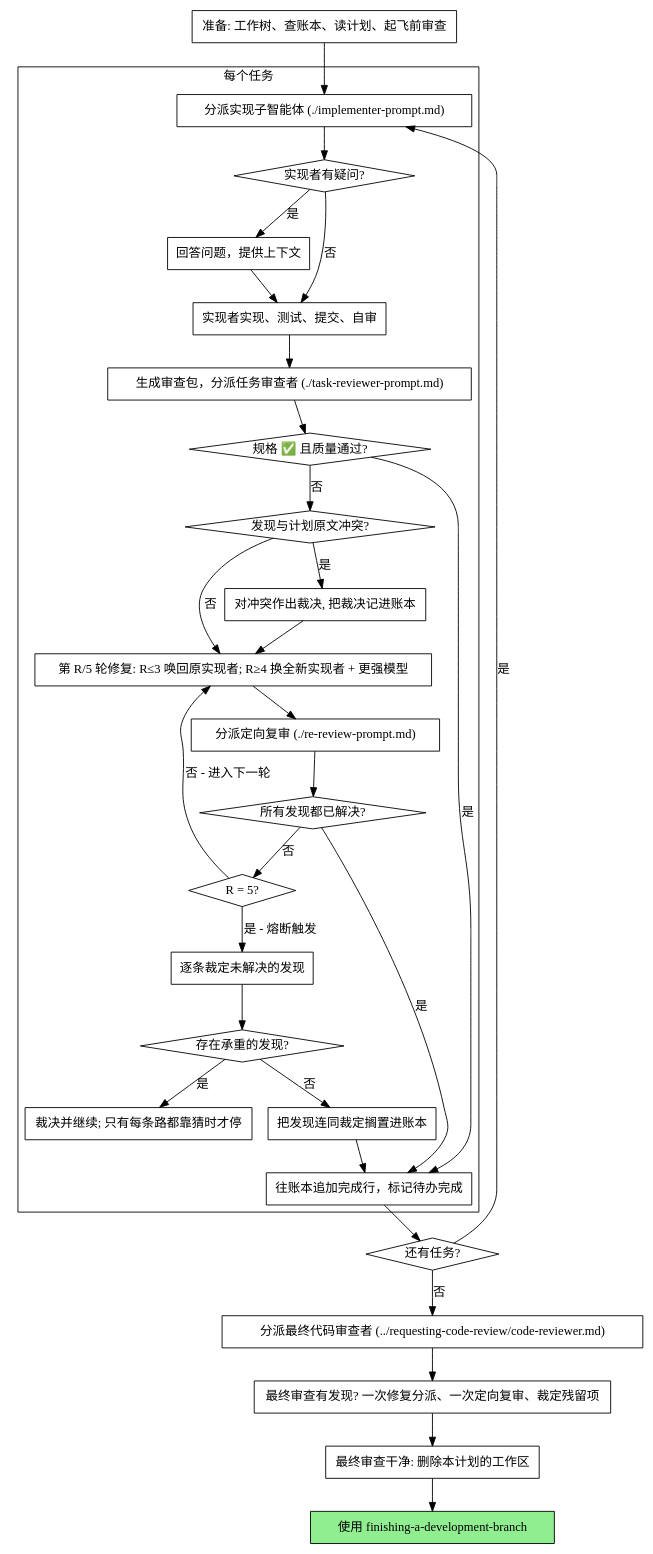
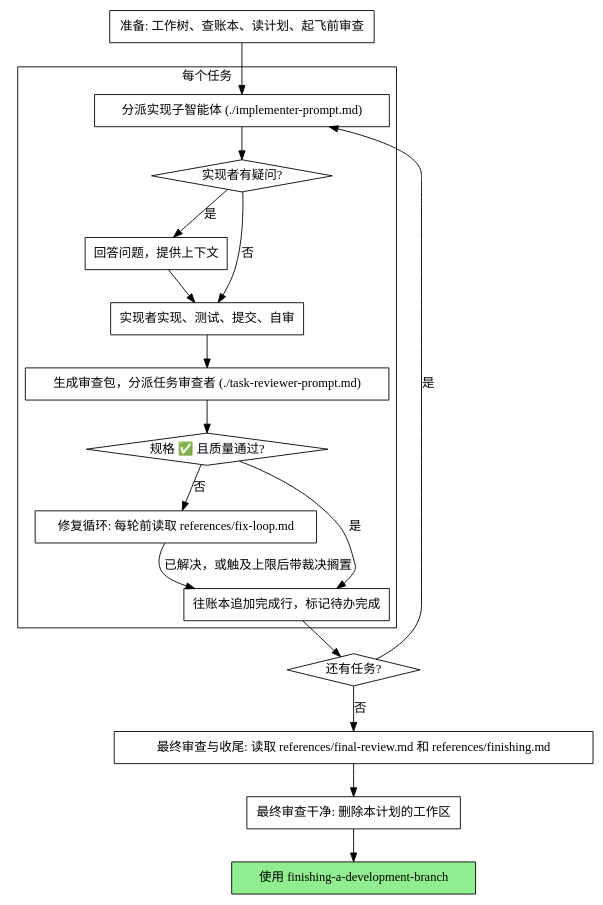
The second of 2 diagrams in mirrors/repos/jnMetaCode@superpowers-zh/skills/subagent-driven-development/SKILL.md (gabrielmoreira/agent-skills-mirror), drawn with Graphviz before and after one commit. The commit also changed other lines of this file and 2832 other files, not shown here.

````diff
--- a/mirrors/repos/jnMetaCode@superpowers-zh/skills/subagent-driven-development/SKILL.md
+++ b/mirrors/repos/jnMetaCode@superpowers-zh/skills/subagent-driven-development/SKILL.md
@@ -55,62 +55,39 @@
 ```dot
 digraph process {
     rankdir=TB;
 
     subgraph cluster_per_task {
         label="每个任务";
         "分派实现子智能体 (./implementer-prompt.md)" [shape=box];
         "实现者有疑问?" [shape=diamond];
         "回答问题，提供上下文" [shape=box];
         "实现者实现、测试、提交、自审" [shape=box];
         "生成审查包，分派任务审查者 (./task-reviewer-prompt.md)" [shape=box];
         "规格 ✅ 且质量通过?" [shape=diamond];
-        "发现与计划原文冲突?" [shape=diamond];
-        "对冲突作出裁决, 把裁决记进账本" [shape=box];
-        "第 R/5 轮修复: R≤3 唤回原实现者; R≥4 换全新实现者 + 更强模型" [shape=box];
-        "分派定向复审 (./re-review-prompt.md)" [shape=box];
-        "所有发现都已解决?" [shape=diamond];
-        "R = 5?" [shape=diamond];
-        "逐条裁定未解决的发现" [shape=box];
-        "存在承重的发现?" [shape=diamond];
-        "裁决并继续; 只有每条路都靠猜时才停" [shape=box];
-        "把发现连同裁定搁置进账本" [shape=box];
+        "修复循环: 每轮前读取 references/fix-loop.md" [shape=box];
         "往账本追加完成行，标记待办完成" [shape=box];
     }
 
     "准备: 工作树、查账本、读计划、起飞前审查" [shape=box];
     "还有任务?" [shape=diamond];
-    "分派最终代码审查者 (../requesting-code-review/code-reviewer.md)" [shape=box];
-    "最终审查有发现? 一次修复分派、一次定向复审、裁定残留项" [shape=box];
+    "最终审查与收尾: 读取 references/final-review.md 和 references/finishing.md" [shape=box];
     "最终审查干净: 删除本计划的工作区" [shape=box];
     "使用 finishing-a-development-branch" [shape=box style=filled fillcolor=lightgreen];
 
     "准备: 工作树、查账本、读计划、起飞前审查" -> "分派实现子智能体 (./implementer-prompt.md)";
     "分派实现子智能体 (./implementer-prompt.md)" -> "实现者有疑问?";
     "实现者有疑问?" -> "回答问题，提供上下文" [label="是"];
     "回答问题，提供上下文" -> "实现者实现、测试、提交、自审";
     "实现者有疑问?" -> "实现者实现、测试、提交、自审" [label="否"];
     "实现者实现、测试、提交、自审" -> "生成审查包，分派任务审查者 (./task-reviewer-prompt.md)";
     "生成审查包，分派任务审查者 (./task-reviewer-prompt.md)" -> "规格 ✅ 且质量通过?";
     "规格 ✅ 且质量通过?" -> "往账本追加完成行，标记待办完成" [label="是"];
-    "规格 ✅ 且质量通过?" -> "发现与计划原文冲突?" [label="否"];
-    "发现与计划原文冲突?" -> "对冲突作出裁决, 把裁决记进账本" [label="是"];
-    "对冲突作出裁决, 把裁决记进账本" -> "第 R/5 轮修复: R≤3 唤回原实现者; R≥4 换全新实现者 + 更强模型";
-    "发现与计划原文冲突?" -> "第 R/5 轮修复: R≤3 唤回原实现者; R≥4 换全新实现者 + 更强模型" [label="否"];
-    "第 R/5 轮修复: R≤3 唤回原实现者; R≥4 换全新实现者 + 更强模型" -> "分派定向复审 (./re-review-prompt.md)";
-    "分派定向复审 (./re-review-prompt.md)" -> "所有发现都已解决?";
-    "所有发现都已解决?" -> "往账本追加完成行，标记待办完成" [label="是"];
-    "所有发现都已解决?" -> "R = 5?" [label="否"];
-    "R = 5?" -> "第 R/5 轮修复: R≤3 唤回原实现者; R≥4 换全新实现者 + 更强模型" [label="否 - 进入下一轮"];
-    "R = 5?" -> "逐条裁定未解决的发现" [label="是 - 熔断触发"];
-    "逐条裁定未解决的发现" -> "存在承重的发现?";
-    "存在承重的发现?" -> "裁决并继续; 只有每条路都靠猜时才停" [label="是"];
-    "存在承重的发现?" -> "把发现连同裁定搁置进账本" [label="否"];
-    "把发现连同裁定搁置进账本" -> "往账本追加完成行，标记待办完成";
+    "规格 ✅ 且质量通过?" -> "修复循环: 每轮前读取 references/fix-loop.md" [label="否"];
+    "修复循环: 每轮前读取 references/fix-loop.md" -> "往账本追加完成行，标记待办完成" [label="已解决，或触及上限后带裁决搁置"];
     "往账本追加完成行，标记待办完成" -> "还有任务?";
     "还有任务?" -> "分派实现子智能体 (./implementer-prompt.md)" [label="是"];
-    "还有任务?" -> "分派最终代码审查者 (../requesting-code-review/code-reviewer.md)" [label="否"];
-    "分派最终代码审查者 (../requesting-code-review/code-reviewer.md)" -> "最终审查有发现? 一次修复分派、一次定向复审、裁定残留项";
-    "最终审查有发现? 一次修复分派、一次定向复审、裁定残留项" -> "最终审查干净: 删除本计划的工作区";
+    "还有任务?" -> "最终审查与收尾: 读取 references/final-review.md 和 references/finishing.md" [label="否"];
+    "最终审查与收尾: 读取 references/final-review.md 和 references/finishing.md" -> "最终审查干净: 删除本计划的工作区";
     "最终审查干净: 删除本计划的工作区" -> "使用 finishing-a-development-branch";
 }
 ```
````
